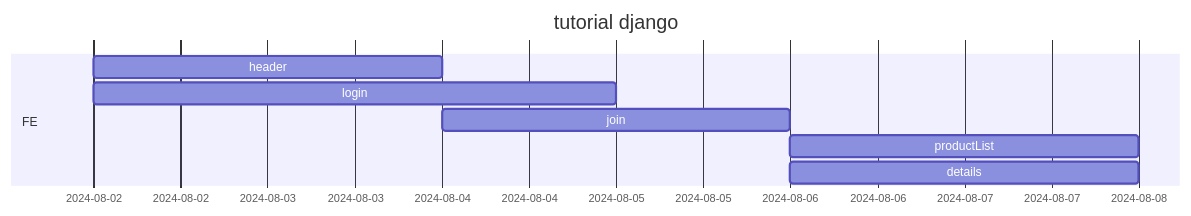
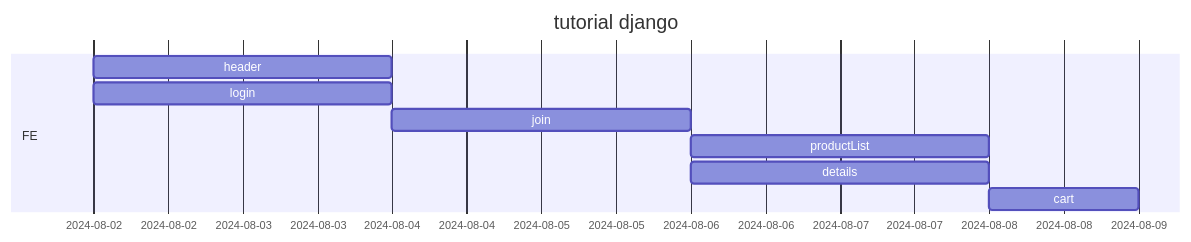
One commit to gustn1029/openMarket changed the diagram in README.md. Above: the diagram before and after it, drawn with Mermaid. The commit also changed other lines of this file, not shown here.

````diff
--- a/README.md
+++ b/README.md
@@ -74,11 +78,12 @@
 ```mermaid
 gantt
     title tutorial django
     dateFormat YY-MM-DD
     section FE
         header    :2024-08-02, 2d
-        login    :2024-08-02, 3d
+        login    :2024-08-02, 2d
         join     :2024-08-04, 2d
         productList     :2024-08-06, 2d
         details     :2024-08-06, 2d
+        cart     :2024-08-08, 1d
 ```
````
